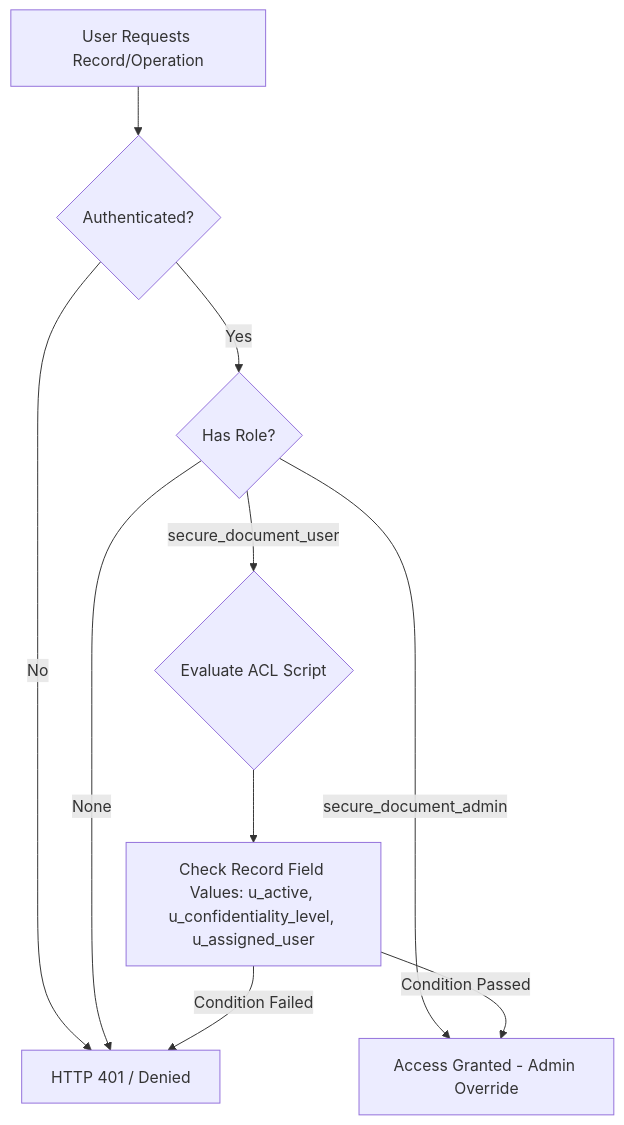
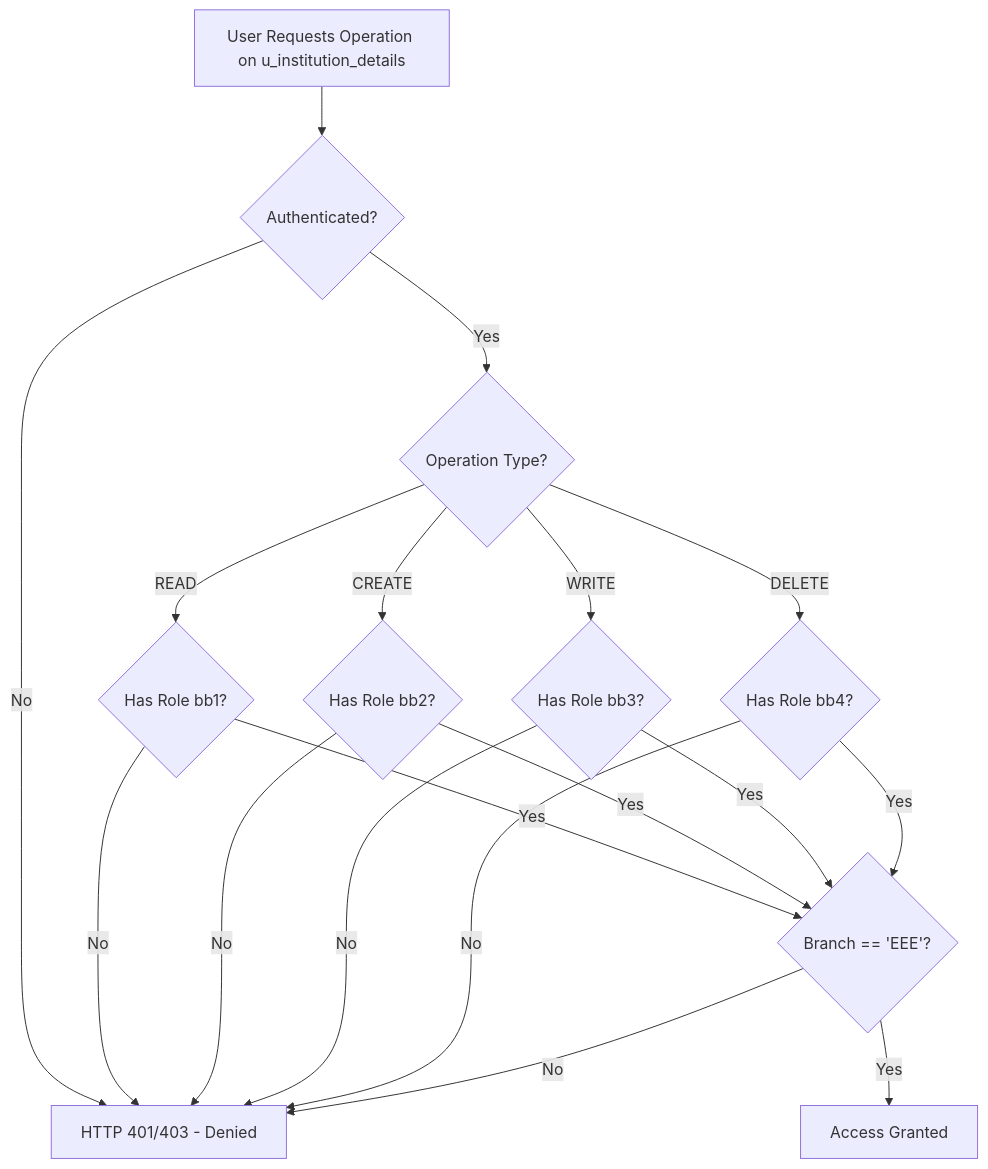
The diagram in README.md (sanjeevan43/script-controlled-acl-project), drawn with Mermaid before and after one commit. The commit also changed other lines of this file and 13 other files, not shown here.

Commit message:
feat: complete Script-Controlled ACL project codebase, documentation, scripts, and update set XML

````diff
--- a/README.md
+++ b/README.md
@@ -37,13 +61,25 @@
 ```mermaid
 flowchart TD
-    A[User Requests Record/Operation] --> B{Authenticated?}
-    B -- No --> C[HTTP 401 / Denied]
-    B -- Yes --> D{Has Role?}
-    D -- secure_document_admin --> E[Access Granted - Admin Override]
-    D -- secure_document_user --> F{Evaluate ACL Script}
-    D -- None --> C
+    A[User Requests Operation on u_institution_details] --> B{Authenticated?}
+    B -- No --> C[HTTP 401/403 - Denied]
+    B -- Yes --> D{Operation Type?}
 
-    F --> G[Check Record Field Values: u_active, u_confidentiality_level, u_assigned_user]
-    G -- Condition Passed --> E
-    G -- Condition Failed --> C
+    D -- READ --> E{Has Role bb1?}
+    E -- No --> C
+    E -- Yes --> I{Branch == 'EEE'?}
+
+    D -- CREATE --> F{Has Role bb2?}
+    F -- No --> C
+    F -- Yes --> I
+
+    D -- WRITE --> G{Has Role bb3?}
+    G -- No --> C
+    G -- Yes --> I
+
+    D -- DELETE --> H{Has Role bb4?}
+    H -- No --> C
+    H -- Yes --> I
+
+    I -- Yes --> J[Access Granted]
+    I -- No --> C
 ```
````
